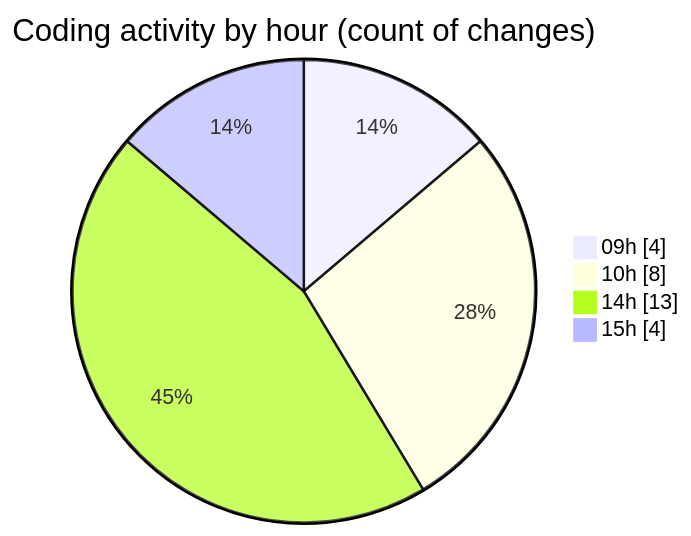
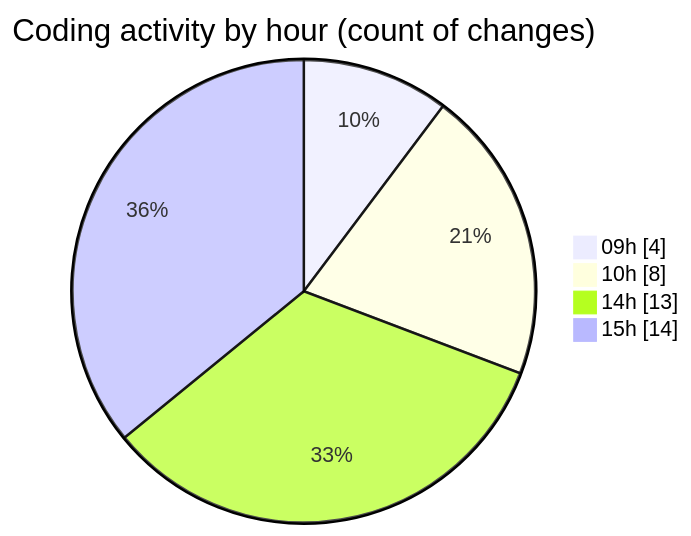
Before and after one commit to momahboobian/code-tracking: the second of 2 diagrams in 2026-03-12/cda/README.md, drawn with Mermaid. The commit also changed other lines of this file and 1 other file, not shown here.

````diff
--- a/2026-03-12/cda/README.md
+++ b/2026-03-12/cda/README.md
@@ -38,8 +40,8 @@
 ```mermaid
 pie showData
 title Coding activity by hour (count of changes)
 "09h" : 4
 "10h" : 8
 "14h" : 13
-"15h" : 4
+"15h" : 14
 ```
````
